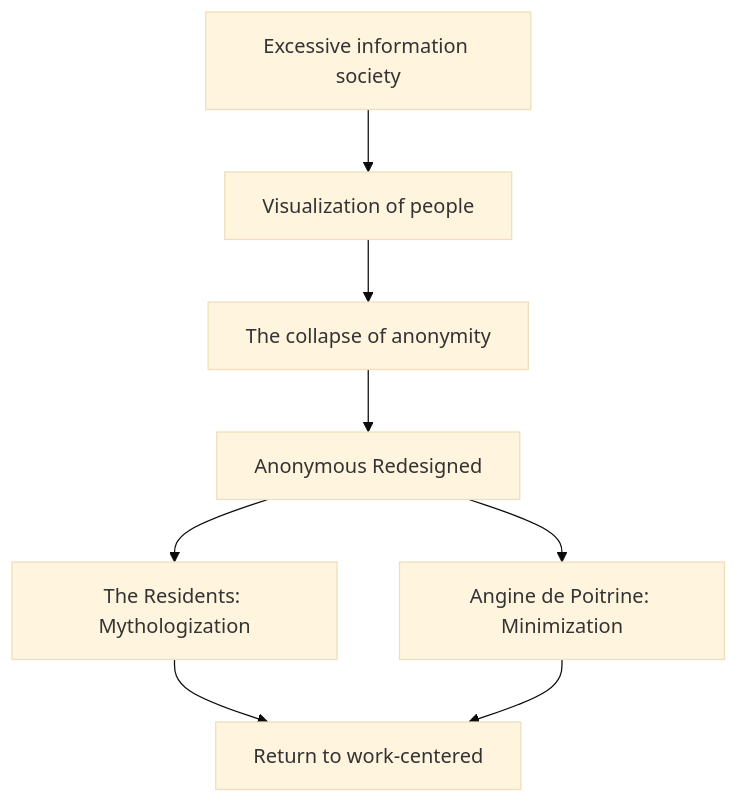
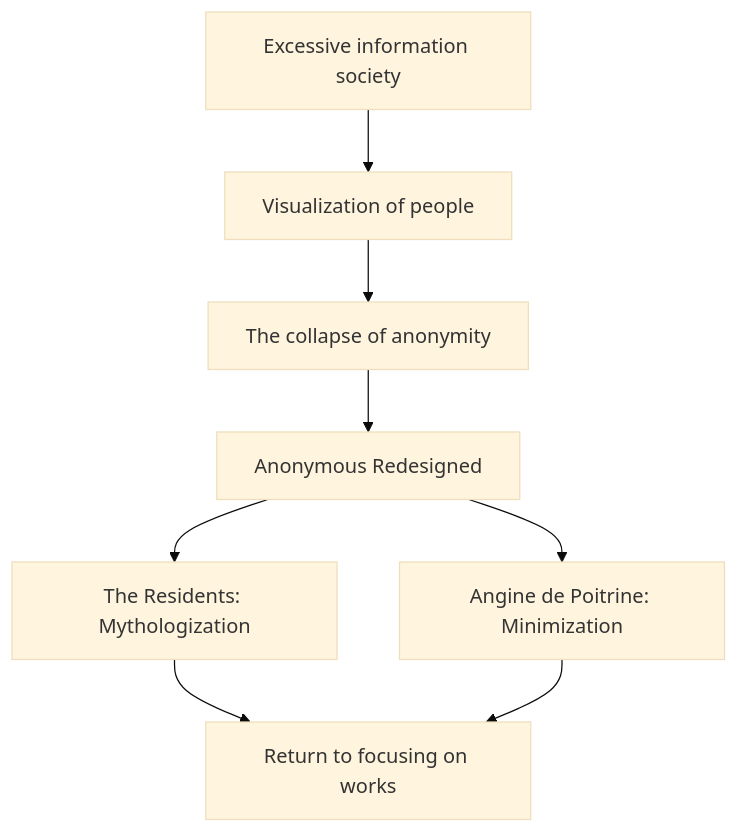
The seventh of 17 diagrams in en/_posts/2026-07-06-column-angine-de-poitrine-the-residents.md (monumental-movement/monumental-movement.github.io), drawn with Mermaid (base theme) before and after one commit. The commit also changed other lines of this file and 657 other files, not shown here.

```diff
--- a/en/_posts/2026-07-06-column-angine-de-poitrine-the-residents.md
+++ b/en/_posts/2026-07-06-column-angine-de-poitrine-the-residents.md
@@ -817,15 +817,15 @@
 <div class="mermaid">
 flowchart TD
 
 A["Excessive information society"]
 B["Visualization of people"]
 C["The collapse of anonymity"]
 D["Anonymous Redesigned"]
 E["The Residents: Mythologization"]
 F["Angine de Poitrine: Minimization"]
-G["Return to work-centered"]
+G["Return to focusing on works"]
 
 A --> B --> C --> D
 D --> E --> G
 D --> F --> G
 </div>
```
